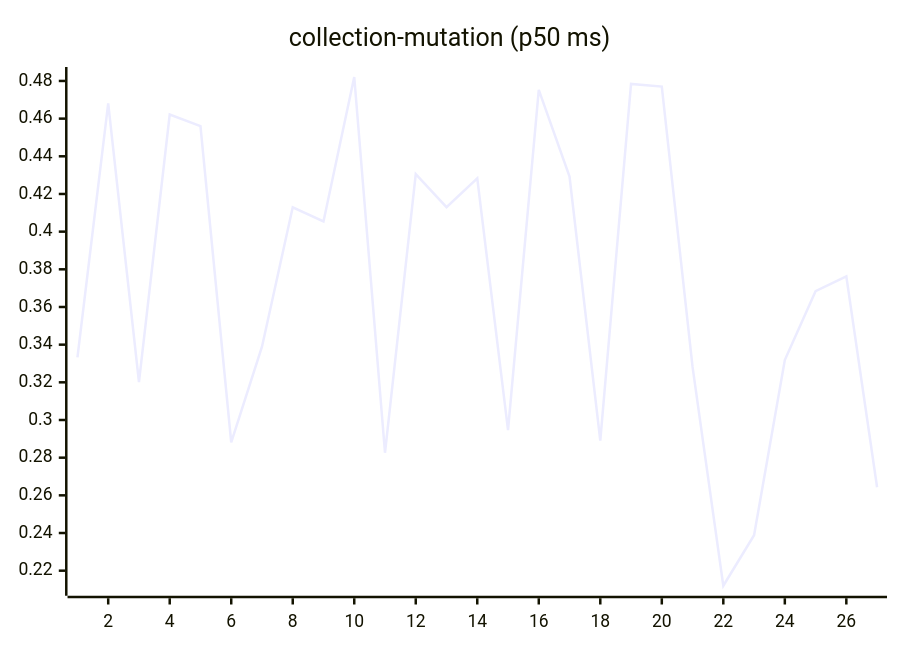
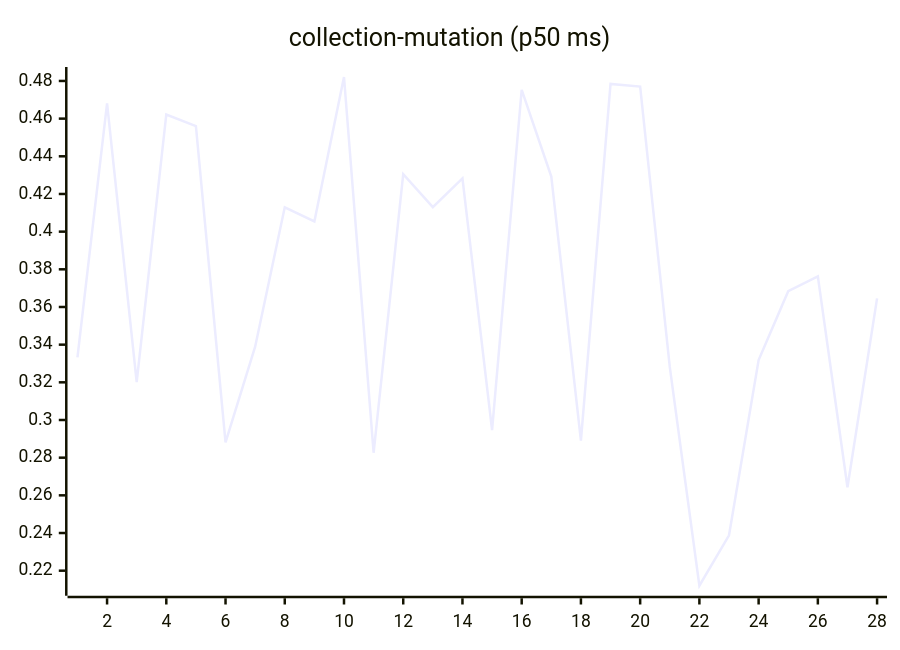
One commit to josha/Facet changed the sixth of 27 diagrams in README.md. Above: the diagram before and after it, drawn with Mermaid. The commit also changed other lines of this file and 2 other files, not shown here.

````diff
--- a/README.md
+++ b/README.md
@@ -98,6 +98,6 @@
 ```mermaid
 xychart-beta
     title "collection-mutation (p50 ms)"
-    x-axis 1 --> 27
-    line [0.3332, 0.4681, 0.3201, 0.4622, 0.4560, 0.2881, 0.3389, 0.4129, 0.4054, 0.4821, 0.2826, 0.4305, 0.4130, 0.4283, 0.2946, 0.4753, 0.4292, 0.2890, 0.4784, 0.4770, 0.3282, 0.2120, 0.2388, 0.3318, 0.3684, 0.3763, 0.2643]
+    x-axis 1 --> 28
+    line [0.3332, 0.4681, 0.3201, 0.4622, 0.4560, 0.2881, 0.3389, 0.4129, 0.4054, 0.4821, 0.2826, 0.4305, 0.4130, 0.4283, 0.2946, 0.4753, 0.4292, 0.2890, 0.4784, 0.4770, 0.3282, 0.2120, 0.2388, 0.3318, 0.3684, 0.3763, 0.2643, 0.3646]
 ```
````
